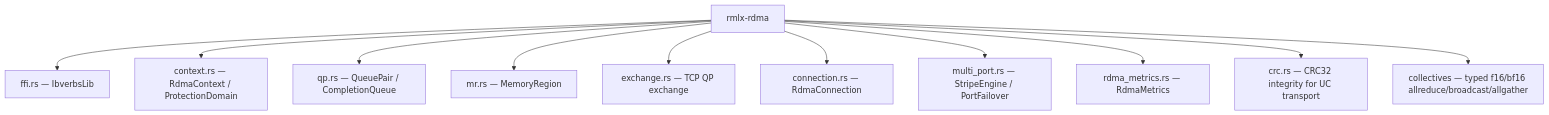
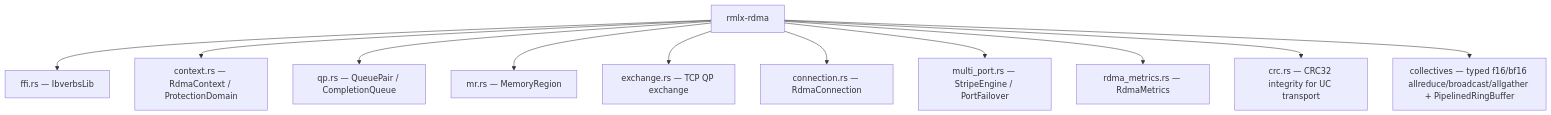
One commit to 0xDaizz/RMLX changed the first of 4 diagrams in docs/crates/rmlx-rdma.md. Above: the diagram before and after it, drawn with Mermaid. The commit also changed other lines of this file and 38 other files, not shown here.

````diff
--- a/docs/crates/rmlx-rdma.md
+++ b/docs/crates/rmlx-rdma.md
@@ -13,13 +13,13 @@
 ```mermaid
 graph TD
     A[rmlx-rdma] --> B[ffi.rs — IbverbsLib]
     A --> C[context.rs — RdmaContext / ProtectionDomain]
     A --> D[qp.rs — QueuePair / CompletionQueue]
     A --> E[mr.rs — MemoryRegion]
     A --> F[exchange.rs — TCP QP exchange]
     A --> G[connection.rs — RdmaConnection]
     A --> H[multi_port.rs — StripeEngine / PortFailover]
     A --> I[rdma_metrics.rs — RdmaMetrics]
     A --> J[crc.rs — CRC32 integrity for UC transport]
-    A --> K[collectives — typed f16/bf16 allreduce/broadcast/allgather]
+    A --> K[collectives — typed f16/bf16 allreduce/broadcast/allgather + PipelinedRingBuffer]
 ```
````
